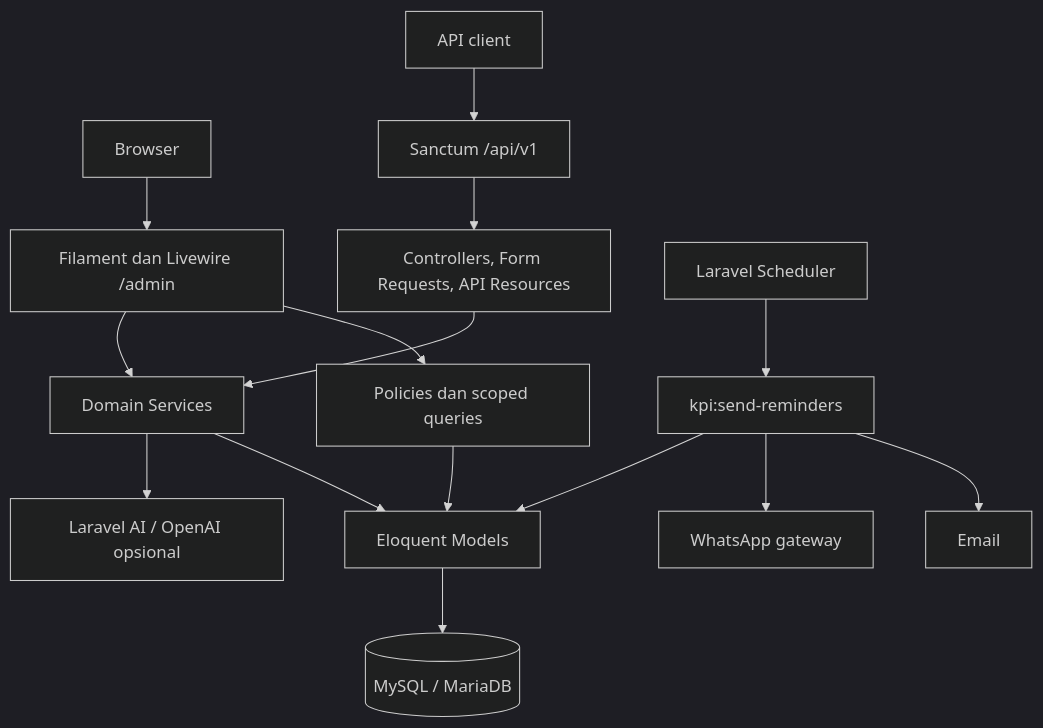
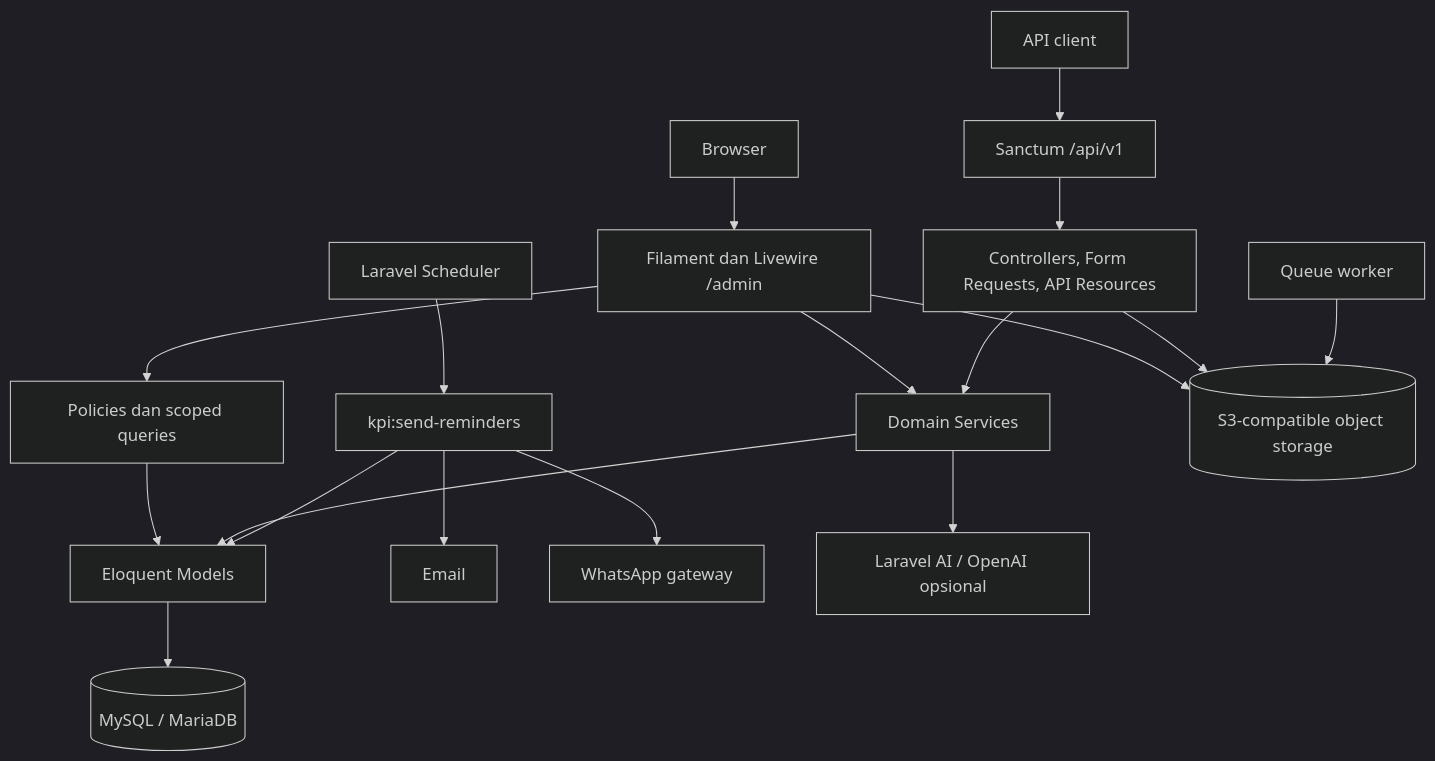
One commit to oceanspacedev/dnd-web changed the second of 2 diagrams in README.md. Above: the diagram before and after it, drawn with Mermaid (dark theme). The commit also changed other lines of this file and 20 other files, not shown here.

````diff
--- a/README.md
+++ b/README.md
@@ -240,17 +240,20 @@
 ```mermaid
 flowchart TB
     Browser --> Filament[Filament dan Livewire /admin]
     Filament --> Policies[Policies dan scoped queries]
     ApiClient[API client] --> Sanctum[Sanctum /api/v1]
     Sanctum --> Controllers[Controllers, Form Requests, API Resources]
     Scheduler[Laravel Scheduler] --> Reminder[kpi:send-reminders]
     Filament --> Services[Domain Services]
     Controllers --> Services
     Policies --> Models[Eloquent Models]
     Services --> Models
     Reminder --> Mail[Email]
     Reminder --> WA[WhatsApp gateway]
     Reminder --> Models
     Models --> DB[(MySQL / MariaDB)]
     Services --> AI[Laravel AI / OpenAI opsional]
+    Filament --> ObjectStorage[(S3-compatible object storage)]
+    Controllers --> ObjectStorage
+    Worker[Queue worker] --> ObjectStorage
 ```
````
